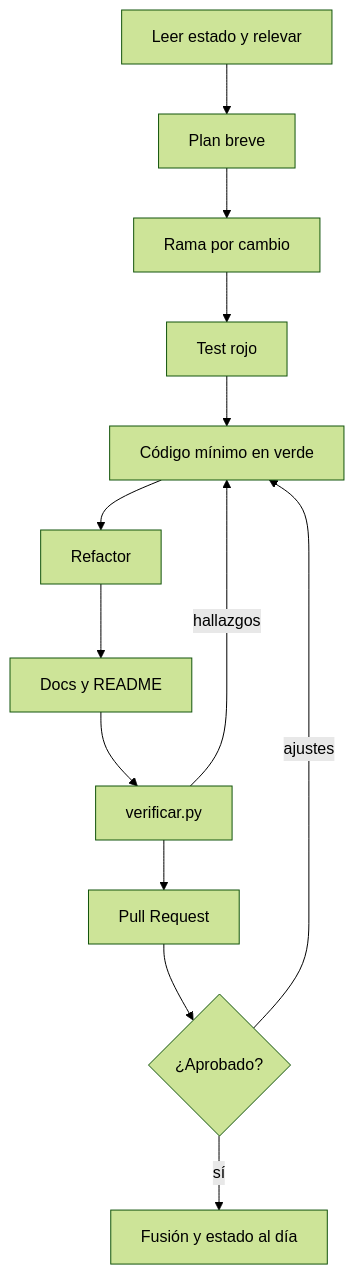
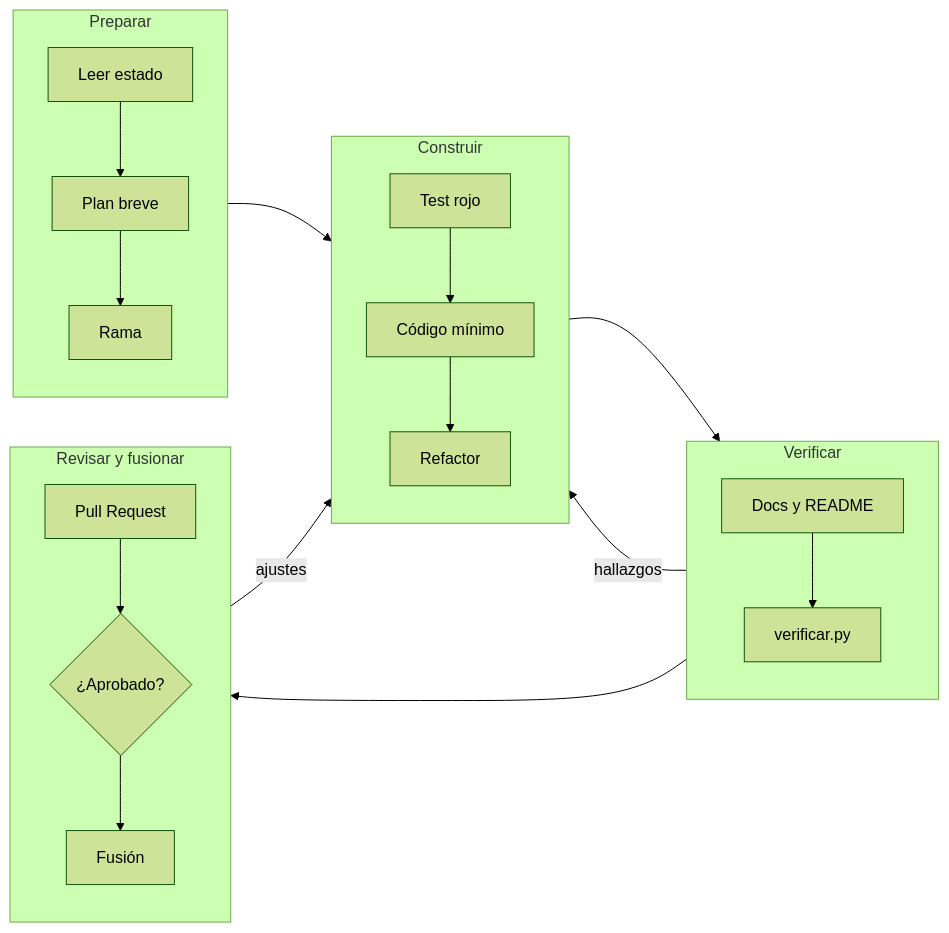
One commit to dante-sinesi/senior-developer-skill changed the diagram in docs/diagramas/ciclo-de-trabajo.md. Above: the diagram before and after it, drawn with Mermaid (forest theme). The commit also changed 12 other files, not shown here.

Commit message:
feat(docs): diagramas pensados para el ancho de la página, ciclo por fases y abrir en una sola pestaña (#27)

````diff
--- a/docs/diagramas/ciclo-de-trabajo.md
+++ b/docs/diagramas/ciclo-de-trabajo.md
@@ -14,15 +14,22 @@
 ```mermaid
-flowchart TB
-    A["Leer estado y relevar"] --> B["Plan breve"]
-    B --> C["Rama por cambio"]
-    C --> D["Test rojo"]
-    D --> E["Código mínimo en verde"]
-    E --> F["Refactor"]
-    F --> G["Docs y README"]
-    G --> H["verificar.py"]
-    H -->|hallazgos| E
-    H --> I["Pull Request"]
-    I --> J{"¿Aprobado?"}
-    J -->|ajustes| E
-    J -->|sí| K["Fusión y estado al día"]
+flowchart LR
+    subgraph P["Preparar"]
+        direction TB
+        A["Leer estado"] --> B["Plan breve"] --> C["Rama"]
+    end
+    subgraph K["Construir"]
+        direction TB
+        D["Test rojo"] --> E["Código mínimo"] --> F["Refactor"]
+    end
+    subgraph V["Verificar"]
+        direction TB
+        G["Docs y README"] --> H["verificar.py"]
+    end
+    subgraph R["Revisar y fusionar"]
+        direction TB
+        I["Pull Request"] --> J{"¿Aprobado?"} --> L["Fusión"]
+    end
+    P --> K --> V --> R
+    V -->|hallazgos| K
+    R -->|ajustes| K
 ```
````
